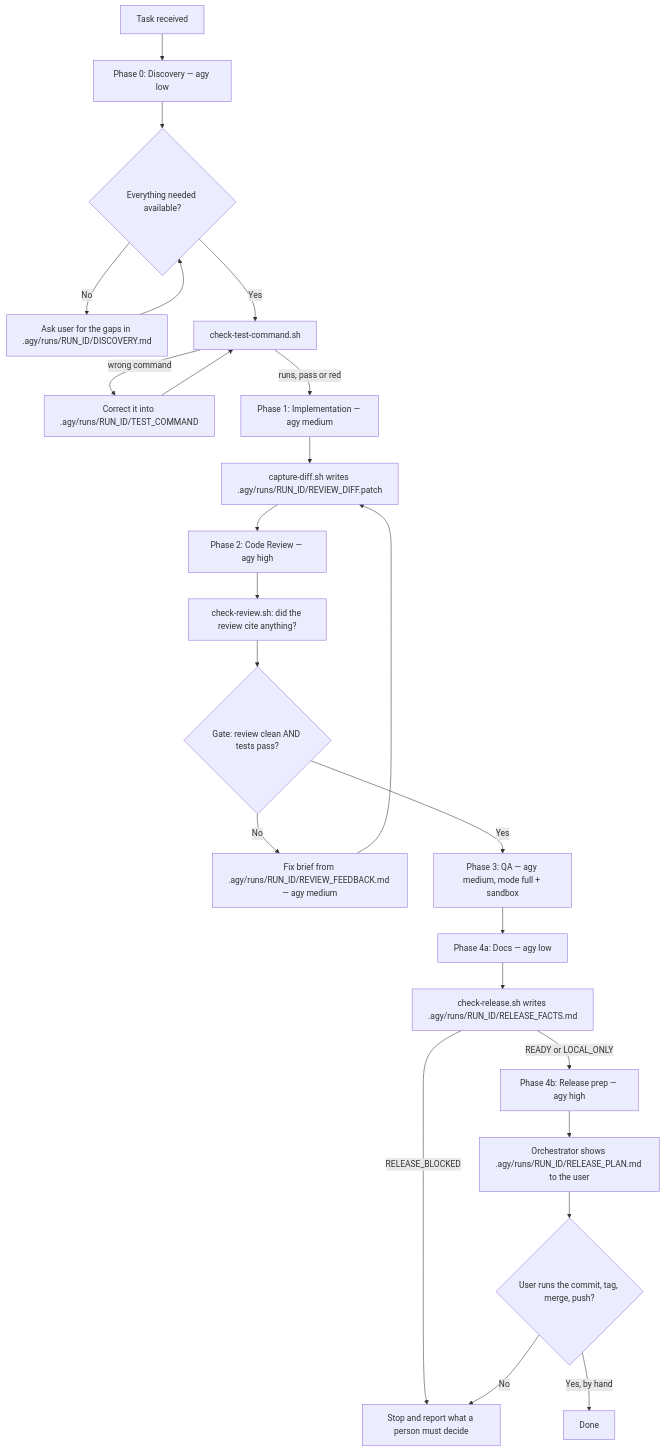
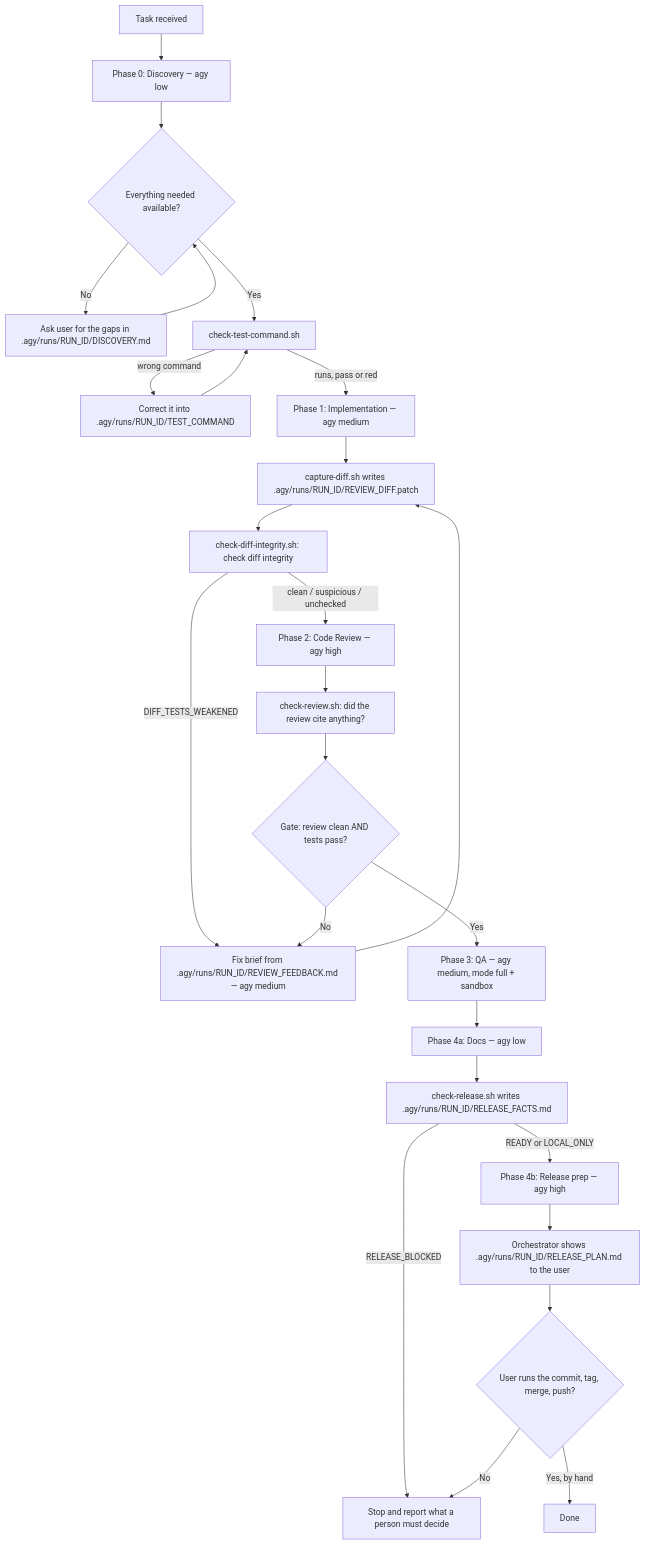
Before and after one commit to chilliesdev/agy-delivery-pipeline: the diagram in skills/agy-pipeline/SKILL.md, drawn with Mermaid. The commit also changed other lines of this file and 4 other files, not shown here.

````diff
--- a/skills/agy-pipeline/SKILL.md
+++ b/skills/agy-pipeline/SKILL.md
@@ -318,26 +320,28 @@
 ```mermaid
 flowchart TD
     A[Task received] --> B[Phase 0: Discovery — agy low]
     B --> C{Everything needed available?}
     C -- No --> D[Ask user for the gaps in .agy/runs/RUN_ID/DISCOVERY.md]
     D --> C
     C -- Yes --> V[check-test-command.sh]
     V -- wrong command --> W[Correct it into .agy/runs/RUN_ID/TEST_COMMAND]
     W --> V
     V -- runs, pass or red --> E[Phase 1: Implementation — agy medium]
     E --> X[capture-diff.sh writes .agy/runs/RUN_ID/REVIEW_DIFF.patch]
-    X --> F[Phase 2: Code Review — agy high]
+    X --> Z[check-diff-integrity.sh: check diff integrity]
+    Z -- DIFF_TESTS_WEAKENED --> H[Fix brief from .agy/runs/RUN_ID/REVIEW_FEEDBACK.md — agy medium]
+    Z -- clean / suspicious / unchecked --> F[Phase 2: Code Review — agy high]
     F --> Y[check-review.sh: did the review cite anything?]
     Y --> G{Gate: review clean AND tests pass?}
-    G -- No --> H[Fix brief from .agy/runs/RUN_ID/REVIEW_FEEDBACK.md — agy medium]
+    G -- No --> H
     H --> X
     G -- Yes --> I[Phase 3: QA — agy medium, mode full + sandbox]
     I --> J[Phase 4a: Docs — agy low]
     J --> L[check-release.sh writes .agy/runs/RUN_ID/RELEASE_FACTS.md]
     L -- RELEASE_BLOCKED --> M[Stop and report what a person must decide]
     L -- READY or LOCAL_ONLY --> N[Phase 4b: Release prep — agy high]
     N --> O[Orchestrator shows .agy/runs/RUN_ID/RELEASE_PLAN.md to the user]
     O --> P{User runs the commit, tag, merge, push?}
     P -- Yes, by hand --> K[Done]
     P -- No --> M
 ```
````
